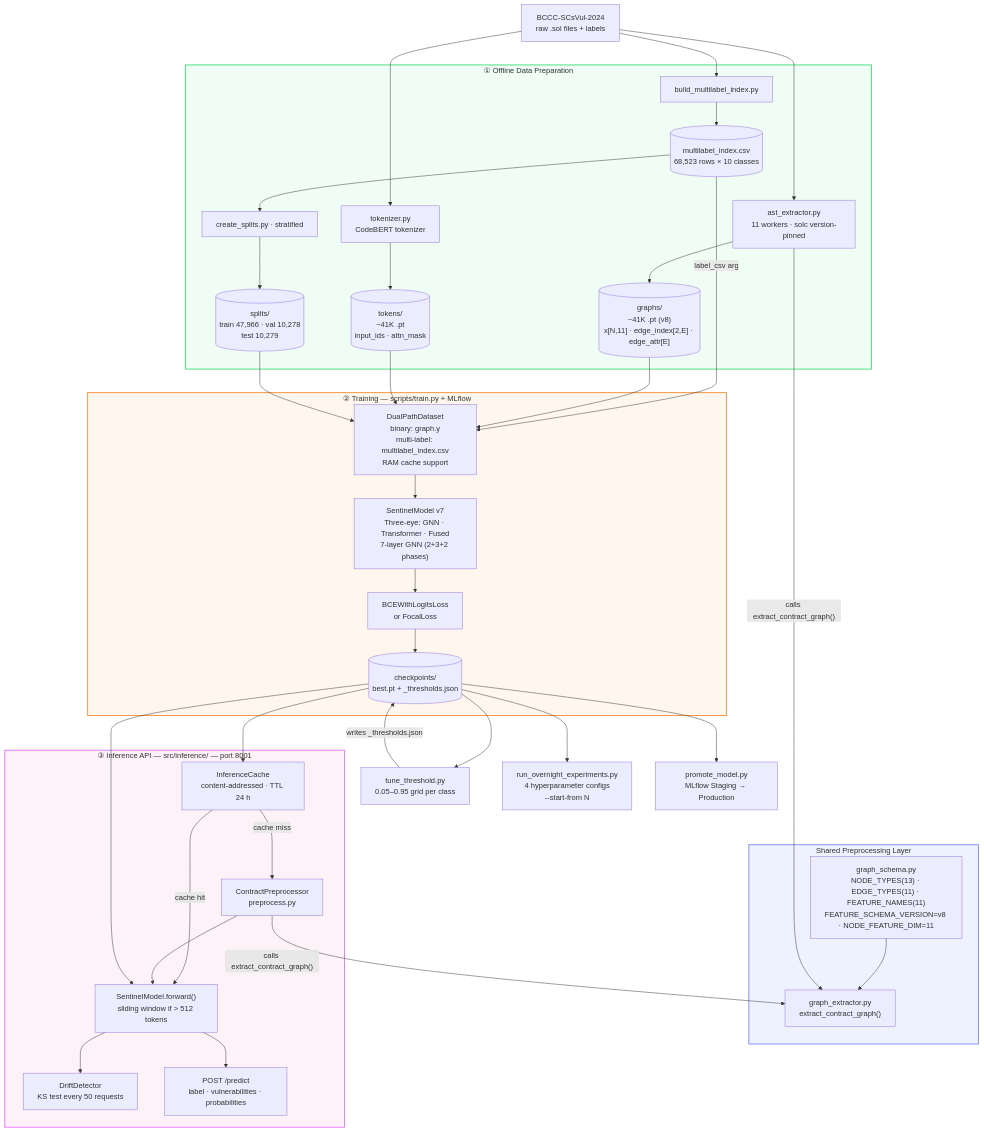
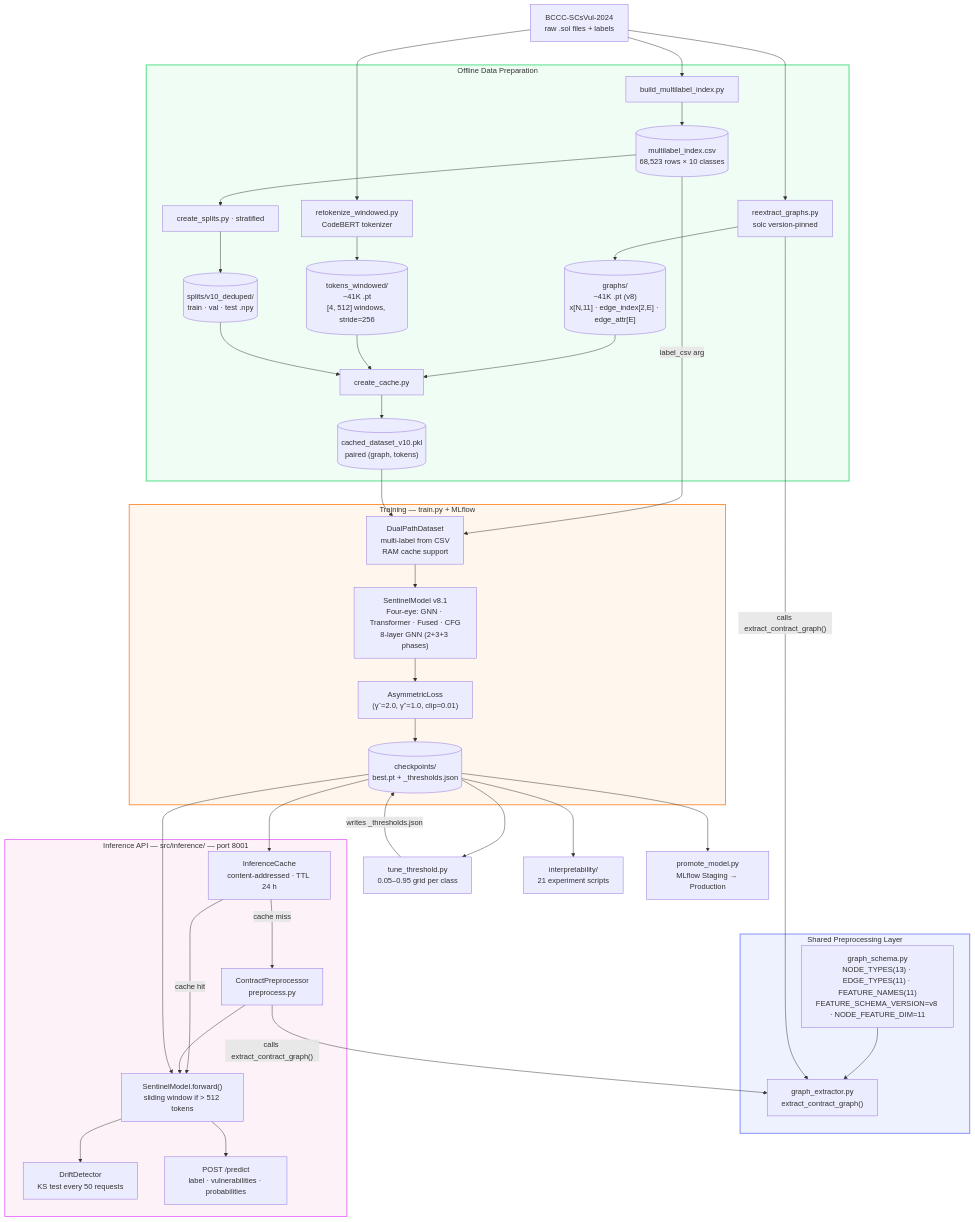
The first of 7 diagrams in ml/DIAGRAMS.md (motafegh/sentinel-), drawn with Mermaid before and after one commit. The commit also changed other lines of this file and 17 other files, not shown here.

````diff
--- a/ml/DIAGRAMS.md
+++ b/ml/DIAGRAMS.md
@@ -10,62 +10,65 @@
 ```mermaid
 flowchart TD
     RAW["BCCC-SCsVul-2024\nraw .sol files + labels"]
 
     subgraph SHARED["Shared Preprocessing Layer"]
         GS["graph_schema.py\nNODE_TYPES(13) · EDGE_TYPES(11) · FEATURE_NAMES(11)\nFEATURE_SCHEMA_VERSION=v8 · NODE_FEATURE_DIM=11"]
         GE["graph_extractor.py\nextract_contract_graph()"]
         GS --> GE
     end
 
-    subgraph OFFLINE["① Offline Data Preparation"]
-        AE["ast_extractor.py\n11 workers · solc version-pinned"]
-        TK["tokenizer.py\nCodeBERT tokenizer"]
+    subgraph OFFLINE["Offline Data Preparation"]
+        AE["reextract_graphs.py\nsolc version-pinned"]
+        TK["retokenize_windowed.py\nCodeBERT tokenizer"]
         BM["build_multilabel_index.py"]
         CS["create_splits.py · stratified"]
+        CC["create_cache.py"]
         GRAPHS[("graphs/\n~41K .pt (v8)\nx[N,11] · edge_index[2,E] · edge_attr[E]")]
-        TOKENS[("tokens/\n~41K .pt\ninput_ids · attn_mask")]
+        TOKENS[("tokens_windowed/\n~41K .pt\n[4, 512] windows, stride=256")]
         CSV[("multilabel_index.csv\n68,523 rows × 10 classes")]
-        SPLITS[("splits/\ntrain 47,966 · val 10,278\ntest 10,279")]
+        SPLITS[("splits/v10_deduped/\ntrain · val · test .npy")]
+        CACHE[("cached_dataset_v10.pkl\npaired (graph, tokens)")]
         AE --> GRAPHS
         TK --> TOKENS
         BM --> CSV --> CS --> SPLITS
+        GRAPHS & TOKENS & SPLITS --> CC --> CACHE
     end
 
-    subgraph TRAIN["② Training — scripts/train.py + MLflow"]
-        DS["DualPathDataset\nbinary: graph.y\nmulti-label: multilabel_index.csv\nRAM cache support"]
-        SM["SentinelModel v7\nThree-eye: GNN · Transformer · Fused\n7-layer GNN (2+3+2 phases)"]
-        LOSS["BCEWithLogitsLoss\nor FocalLoss"]
+    subgraph TRAIN["Training — train.py + MLflow"]
+        DS["DualPathDataset\nmulti-label from CSV\nRAM cache support"]
+        SM["SentinelModel v8.1\nFour-eye: GNN · Transformer · Fused · CFG\n8-layer GNN (2+3+3 phases)"]
+        LOSS["AsymmetricLoss\n(γ⁻=2.0, γ⁺=1.0, clip=0.01)"]
         CKPT[("checkpoints/\nbest.pt + _thresholds.json")]
         DS --> SM --> LOSS --> CKPT
     end
 
     TT["tune_threshold.py\n0.05–0.95 grid per class"]
-    OE["run_overnight_experiments.py\n4 hyperparameter configs\n--start-from N"]
+    OE["interpretability/\n21 experiment scripts"]
     MR["promote_model.py\nMLflow Staging → Production"]
 
-    subgraph INFER["③ Inference API — src/inference/ — port 8001"]
+    subgraph INFER["Inference API — src/inference/ — port 8001"]
         IC["InferenceCache\ncontent-addressed · TTL 24 h"]
         CP["ContractPreprocessor\npreprocess.py"]
         FW["SentinelModel.forward()\nsliding window if > 512 tokens"]
         DD["DriftDetector\nKS test every 50 requests"]
         RESP["POST /predict\nlabel · vulnerabilities · probabilities"]
         IC -->|"cache hit"| FW
         IC -->|"cache miss"| CP --> FW --> RESP
         FW --> DD
     end
 
     RAW --> AE & TK & BM
     AE -->|"calls extract_contract_graph()"| GE
     CP -->|"calls extract_contract_graph()"| GE
     CSV -->|"label_csv arg"| DS
-    GRAPHS & TOKENS & SPLITS --> DS
+    CACHE --> DS
     CKPT --> TT -->|"writes _thresholds.json"| CKPT
     CKPT --> OE
     CKPT --> MR
     CKPT --> IC & FW
 
     style SHARED fill:#eef2ff,stroke:#818cf8,stroke-width:2px
     style OFFLINE fill:#f0fdf4,stroke:#4ade80,stroke-width:2px
     style TRAIN  fill:#fff7ed,stroke:#fb923c,stroke-width:2px
     style INFER  fill:#fdf2f8,stroke:#e879f9,stroke-width:2px
 ```
````
